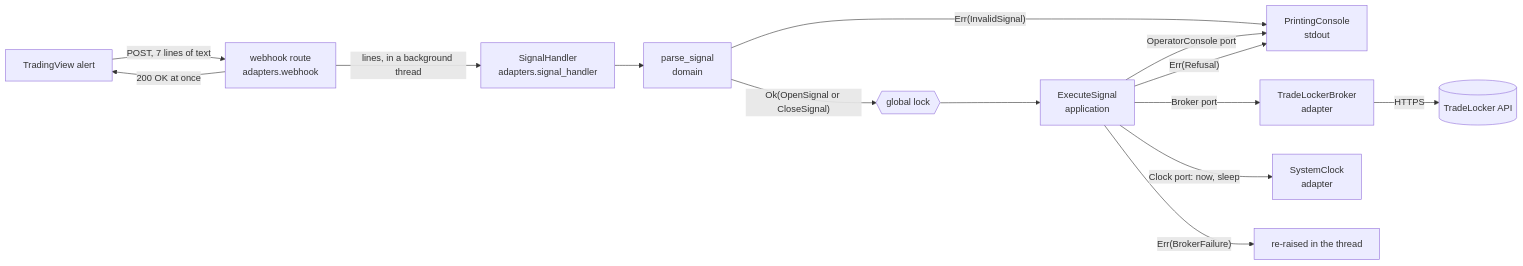
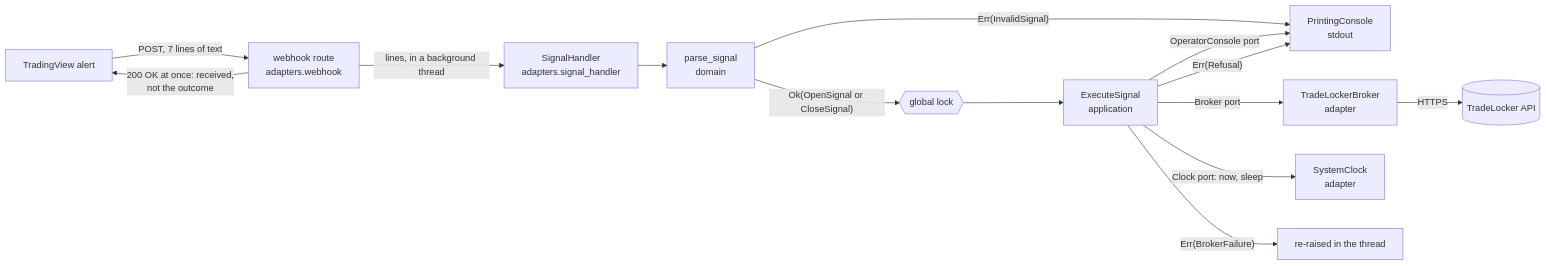
One commit to Akinzou/TradeLockerBot changed the third of 6 diagrams in docs/architecture.md. Above: the diagram before and after it, drawn with Mermaid. The commit also changed other lines of this file and 9 other files, not shown here.

First line of the commit message:
docs: record that the webhook's 200 acknowledges receipt (roadmap step 6k)

````diff
--- a/docs/architecture.md
+++ b/docs/architecture.md
@@ -133,16 +133,16 @@
 ```mermaid
 flowchart LR
     TV[TradingView alert] -- "POST, 7 lines of text" --> WH[webhook route<br/>adapters.webhook]
-    WH -- "200 OK at once" --> TV
+    WH -- "200 OK at once: received,<br/>not the outcome" --> TV
     WH -- "lines, in a background thread" --> SH[SignalHandler<br/>adapters.signal_handler]
     SH --> P[parse_signal<br/>domain]
     P -- "Err(InvalidSignal)" --> CON[PrintingConsole<br/>stdout]
     P -- "Ok(OpenSignal or CloseSignal)" --> LOCK{{global lock}}
     LOCK --> UC[ExecuteSignal<br/>application]
     UC -- "Broker port" --> TLB[TradeLockerBroker<br/>adapter]
     TLB -- "HTTPS" --> API[(TradeLocker API)]
     UC -- "OperatorConsole port" --> CON
     UC -- "Clock port: now, sleep" --> CLK[SystemClock<br/>adapter]
     UC -- "Err(Refusal)" --> CON
     UC -- "Err(BrokerFailure)" --> RAISE[re-raised in the thread]
 ```
````
